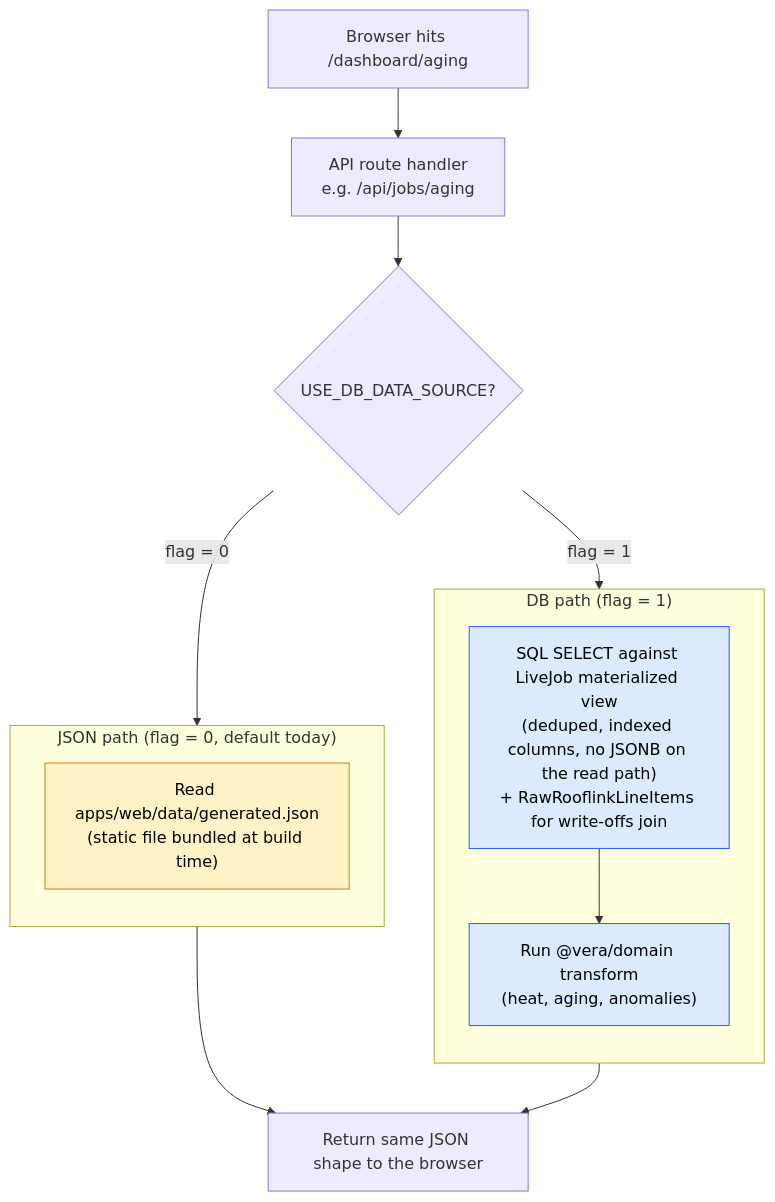
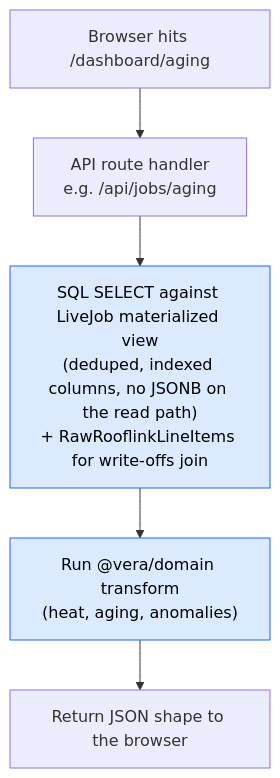
One commit to MakAnalyticsProjects/vera-mvp changed the second of 2 diagrams in docs/DATA_MODEL.md. Above: the diagram before and after it, drawn with Mermaid. The commit also changed other lines of this file and 10 other files, not shown here.

````diff
--- a/docs/DATA_MODEL.md
+++ b/docs/DATA_MODEL.md
@@ -410,31 +407,13 @@
 ```mermaid
 flowchart TD
     Browser["Browser hits /dashboard/aging"]
     Route["API route handler<br/>e.g. /api/jobs/aging"]
-    Dispatcher{"USE_DB_DATA_SOURCE?"}
+    SQL["SQL SELECT against LiveJob materialized view<br/>(deduped, indexed columns, no JSONB on the read path)<br/>+ RawRooflinkLineItems for write-offs join"]
+    Transform["Run @vera/domain transform<br/>(heat, aging, anomalies)"]
+    Response["Return JSON shape to the browser"]
 
-    subgraph JSONPath ["JSON path (flag = 0, default today)"]
-        direction TB
-        JsonFile["Read apps/web/data/generated.json<br/>(static file bundled at build time)"]
-    end
+    Browser --> Route --> SQL --> Transform --> Response
 
-    subgraph DBPath ["DB path (flag = 1)"]
-        direction TB
-        SQL["SQL SELECT against LiveJob materialized view<br/>(deduped, indexed columns, no JSONB on the read path)<br/>+ RawRooflinkLineItems for write-offs join"]
-        Transform["Run @vera/domain transform<br/>(heat, aging, anomalies)"]
-        SQL --> Transform
-    end
-
-    Response["Return same JSON shape to the browser"]
-
-    Browser --> Route --> Dispatcher
-    Dispatcher -->|flag = 0| JSONPath
-    Dispatcher -->|flag = 1| DBPath
-    JSONPath --> Response
-    DBPath --> Response
-
-    classDef json fill:#fef3c7,stroke:#d97706,color:#000
     classDef db fill:#dbeafe,stroke:#2563eb,color:#000
-    class JsonFile json
     class SQL,Transform db
 ```
````
